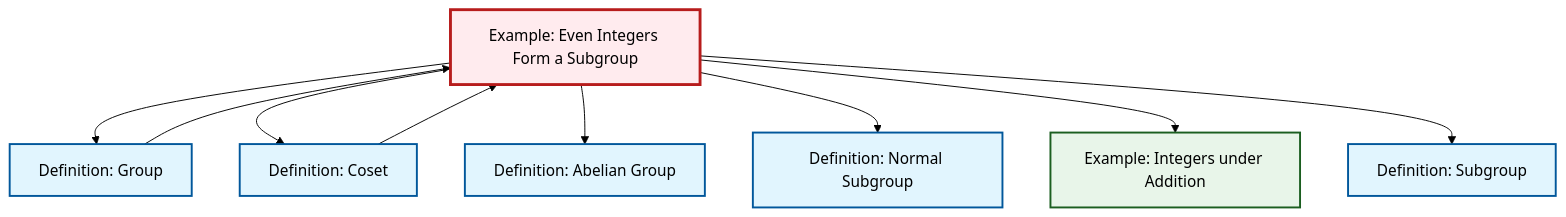
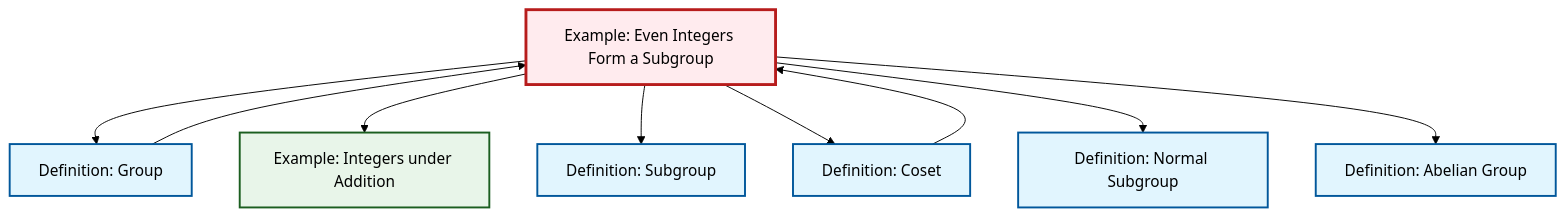
One commit to RK0429/ModernMath changed the diagram in content/en/algebra/ex-even-integers-subgroup.qmd. Above: the diagram before and after it, drawn with Mermaid (forest theme). The commit also changed other lines of this file and 360 other files, not shown here.

````diff
--- a/content/en/algebra/ex-even-integers-subgroup.qmd
+++ b/content/en/algebra/ex-even-integers-subgroup.qmd
@@ -51,31 +51,31 @@
 ```{mermaid}
 %%| fig-cap: "Local dependency graph"
 graph TD
     classDef definition fill:#e1f5fe,stroke:#01579b,stroke-width:2px
     classDef theorem fill:#f3e5f5,stroke:#4a148c,stroke-width:2px
     classDef axiom fill:#fff3e0,stroke:#e65100,stroke-width:2px
     classDef example fill:#e8f5e9,stroke:#1b5e20,stroke-width:2px
     classDef current fill:#ffebee,stroke:#b71c1c,stroke-width:3px
+    def-normal-subgroup["Definition: Normal Subgroup"]:::definition
     ex-even-integers-subgroup["Example: Even Integers Form a Subgroup"]:::example
-    def-normal-subgroup["Definition: Normal Subgroup"]:::definition
     def-abelian-group["Definition: Abelian Group"]:::definition
-    def-subgroup["Definition: Subgroup"]:::definition
+    ex-integers-addition["Example: Integers under Addition"]:::example
     def-coset["Definition: Coset"]:::definition
     def-group["Definition: Group"]:::definition
-    ex-integers-addition["Example: Integers under Addition"]:::example
+    def-subgroup["Definition: Subgroup"]:::definition
     ex-even-integers-subgroup --> def-group
+    ex-even-integers-subgroup --> ex-integers-addition
+    ex-even-integers-subgroup --> def-subgroup
     ex-even-integers-subgroup --> def-coset
+    ex-even-integers-subgroup --> def-normal-subgroup
+    def-group --> ex-even-integers-subgroup
     def-coset --> ex-even-integers-subgroup
     ex-even-integers-subgroup --> def-abelian-group
-    def-group --> ex-even-integers-subgroup
-    ex-even-integers-subgroup --> def-normal-subgroup
-    ex-even-integers-subgroup --> ex-integers-addition
-    ex-even-integers-subgroup --> def-subgroup
     class ex-even-integers-subgroup current
     click def-normal-subgroup "def-normal-subgroup.html" "Go to Normal Subgroup definition"
     click def-abelian-group "def-abelian-group.html" "Go to Abelian Group definition"
-    click def-subgroup "def-subgroup.html" "Go to Subgroup definition"
+    click ex-integers-addition "ex-integers-addition.html" "Go to Integers under Addition example"
     click def-coset "def-coset.html" "Go to Coset definition"
     click def-group "def-group.html" "Go to Group definition"
-    click ex-integers-addition "ex-integers-addition.html" "Go to Integers under Addition example"
+    click def-subgroup "def-subgroup.html" "Go to Subgroup definition"
 ```
````
